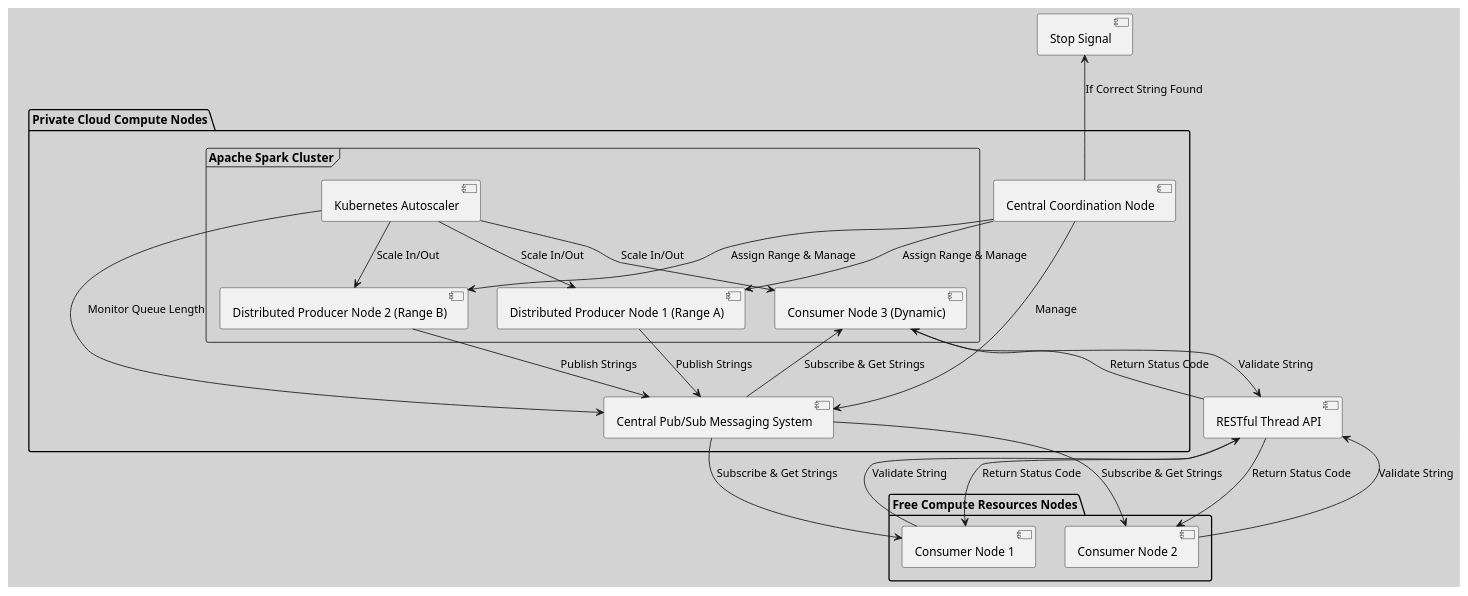
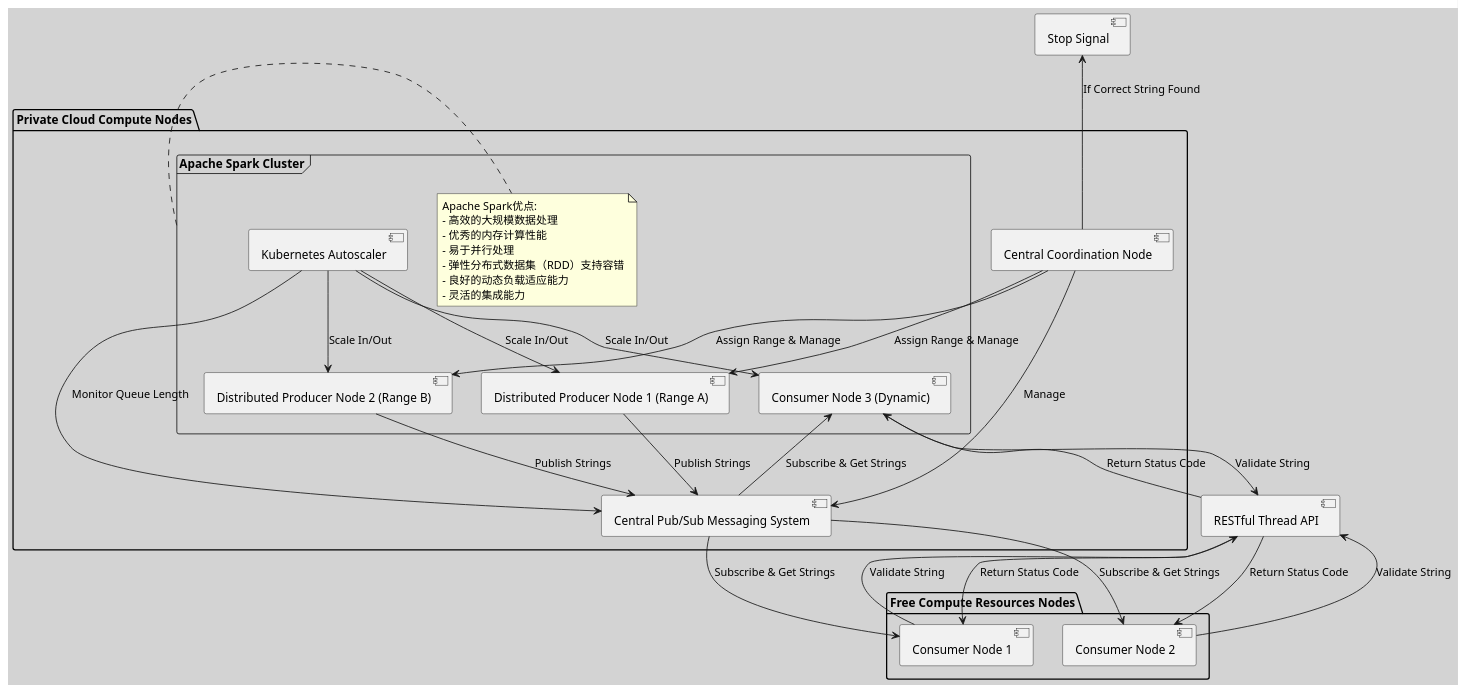
One commit to huangyingw/system_design changed the diagram in interview_questions/distributed_string_guesser_architecture.puml. Above: the diagram before and after it, drawn with PlantUML.

```diff
--- a/interview_questions/distributed_string_guesser_architecture.puml
+++ b/interview_questions/distributed_string_guesser_architecture.puml
@@ -1,48 +1,57 @@
 @startuml
 skinparam backgroundColor #D3D3D3
 
 package "Private Cloud Compute Nodes" {
     [Central Coordination Node] as Coordinator
     frame "Apache Spark Cluster" {
+        note right of "Apache Spark Cluster"
+          Apache Spark优点:
+          - 高效的大规模数据处理
+          - 优秀的内存计算性能
+          - 易于并行处理
+          - 弹性分布式数据集（RDD）支持容错
+          - 良好的动态负载适应能力
+          - 灵活的集成能力
+        end note
         [Distributed Producer Node 1 (Range A)] as DistProducer1
         [Distributed Producer Node 2 (Range B)] as DistProducer2
         [Kubernetes Autoscaler] as Autoscaler
         [Consumer Node 3 (Dynamic)] as DynamicConsumer3
     }
     [Central Pub/Sub Messaging System] as PubSub
 }
 
 package "Free Compute Resources Nodes" {
     [Consumer Node 1] as FreeConsumer1
     [Consumer Node 2] as FreeConsumer2
 }
     
 [RESTful Thread API] as API
 
 Autoscaler --> PubSub : Monitor Queue Length
 Autoscaler --> DistProducer1 : Scale In/Out
 Autoscaler --> DistProducer2 : Scale In/Out
 Autoscaler --> DynamicConsumer3 : Scale In/Out
 
 Coordinator --> DistProducer1 : Assign Range & Manage
 Coordinator --> DistProducer2 : Assign Range & Manage
 Coordinator --> PubSub : Manage
     
 DistProducer1 --> PubSub : Publish Strings
 DistProducer2 --> PubSub : Publish Strings
 
 PubSub --> FreeConsumer1 : Subscribe & Get Strings
 PubSub --> FreeConsumer2 : Subscribe & Get Strings
 PubSub --> DynamicConsumer3 : Subscribe & Get Strings
 
 FreeConsumer1 --> API : Validate String
 FreeConsumer2 --> API : Validate String
 DynamicConsumer3 --> API : Validate String
 
 API --> FreeConsumer1 : Return Status Code
 API --> FreeConsumer2 : Return Status Code
 API --> DynamicConsumer3 : Return Status Code
 
 Coordinator -up-> [Stop Signal] : If Correct String Found
 
 @enduml
```
